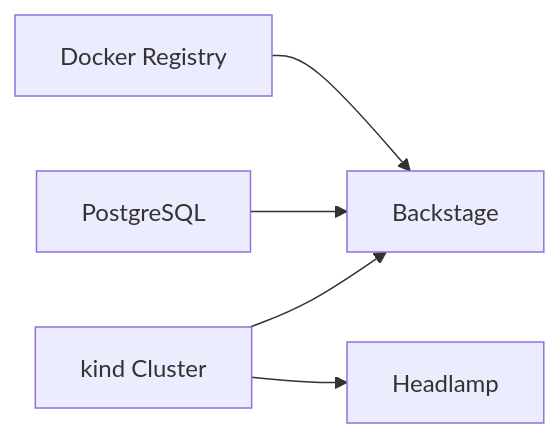
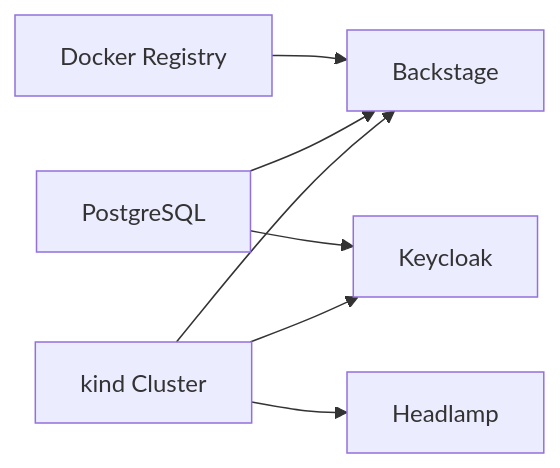
The third of 3 diagrams in README.md (medimohammadise/elegant-infra-engine), drawn with Mermaid before and after one commit. The commit also changed other lines of this file and 22 other files, not shown here.

````diff
--- a/README.md
+++ b/README.md
@@ -75,7 +82,9 @@
 ```mermaid
 flowchart LR
   Registry["Docker Registry"] --> BackstageApp["Backstage"]
   PostgresDb["PostgreSQL"] --> BackstageApp
+  PostgresDb --> KeycloakApp["Keycloak"]
   KindCluster["kind Cluster"] --> BackstageApp
   KindCluster --> HeadlampUi["Headlamp"]
+  KindCluster --> KeycloakApp
 ```
````
